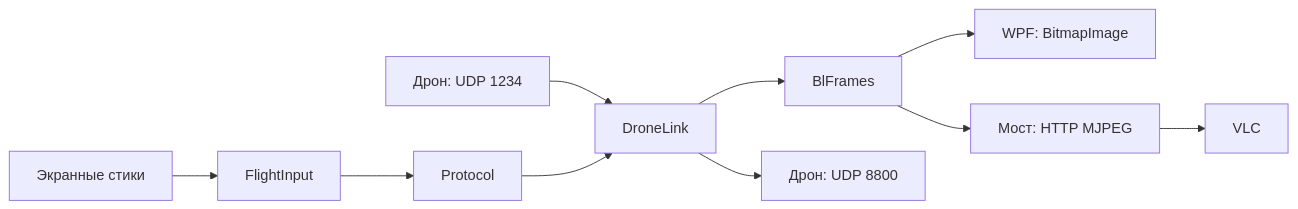
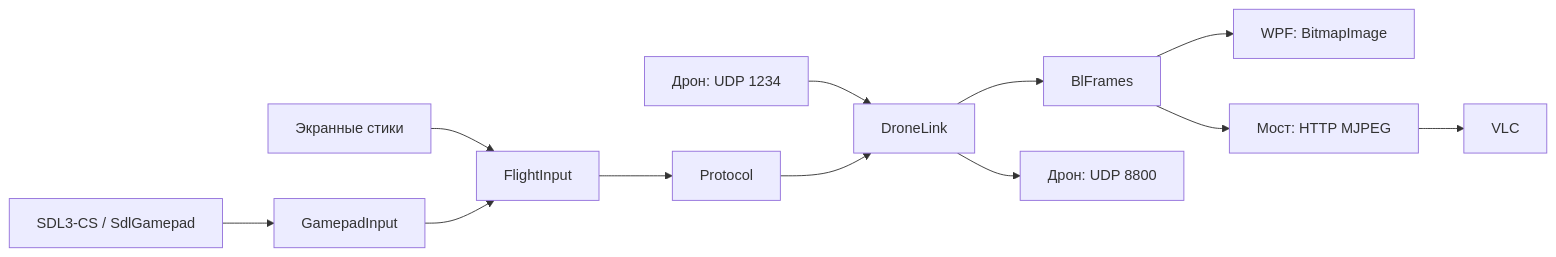
One commit to Atirti/drone-control changed the diagram in docs/ARCHITECTURE.md. Above: the diagram before and after it, drawn with Mermaid. The commit also changed other lines of this file and 19 other files, not shown here.

````diff
--- a/docs/ARCHITECTURE.md
+++ b/docs/ARCHITECTURE.md
@@ -17,12 +17,14 @@
 ```mermaid
 flowchart LR
     Camera[Дрон: UDP 1234] --> Link[DroneLink]
     Link --> Frames[BlFrames]
     Frames --> Image[WPF: BitmapImage]
     Frames --> HTTP[Мост: HTTP MJPEG]
     HTTP --> VLC[VLC]
     Sticks[Экранные стики] --> Input[FlightInput]
+    Gamepad[SDL3-CS / SdlGamepad] --> Gate[GamepadInput]
+    Gate --> Input
     Input --> Protocol[Protocol]
     Protocol --> Link
     Link --> Device[Дрон: UDP 8800]
 ```
````
